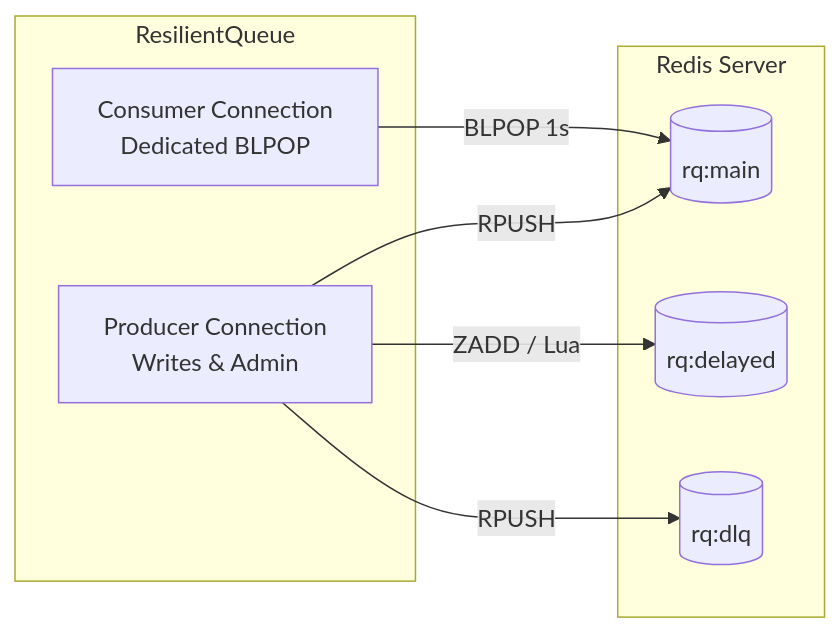
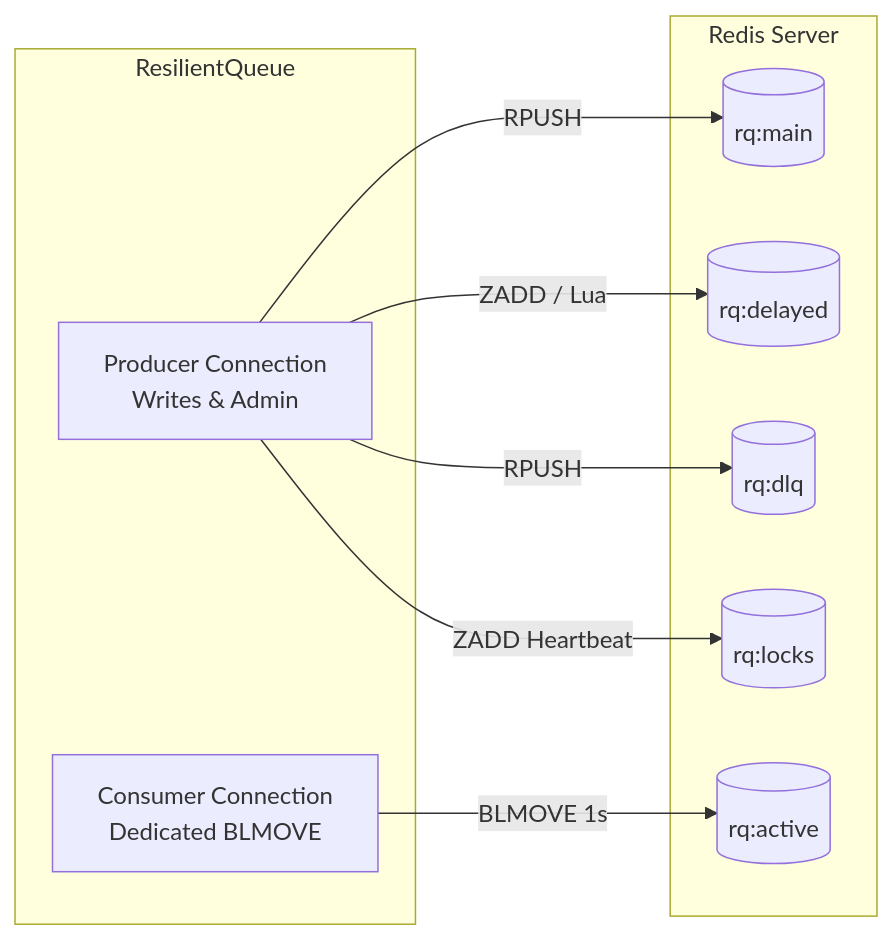
One commit to bhusareMayur/resilient-queue changed the second of 2 diagrams in README.md. Above: the diagram before and after it, drawn with Mermaid. The commit also changed other lines of this file and 4 other files, not shown here.

````diff
--- a/README.md
+++ b/README.md
@@ -346,18 +373,21 @@
 ```mermaid
 graph LR
     subgraph ResilientQueue
         ProducerConn[Producer Connection\nWrites & Admin]
-        ConsumerConn[Consumer Connection\nDedicated BLPOP]
+        ConsumerConn[Consumer Connection\nDedicated BLMOVE]
     end
     
     subgraph Redis Server
         MainQueue[(rq:main)]
+        ActiveQueue[(rq:active)]
+        LocksSet[(rq:locks)]
         DelayedQueue[(rq:delayed)]
         DLQueue[(rq:dlq)]
     end
     
     ProducerConn -->|RPUSH| MainQueue
     ProducerConn -->|ZADD / Lua| DelayedQueue
     ProducerConn -->|RPUSH| DLQueue
-    ConsumerConn -->|BLPOP 1s| MainQueue
+    ConsumerConn -->|BLMOVE 1s| ActiveQueue
+    ProducerConn -->|ZADD Heartbeat| LocksSet
 ```
````
